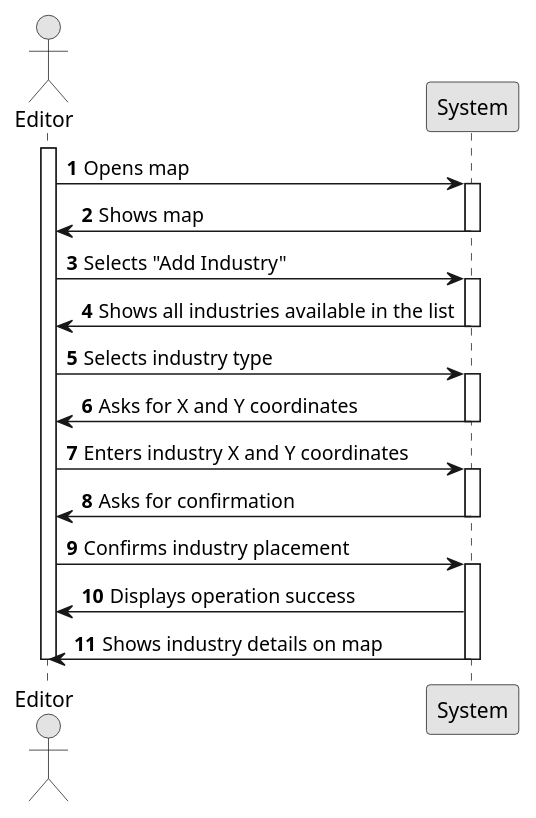
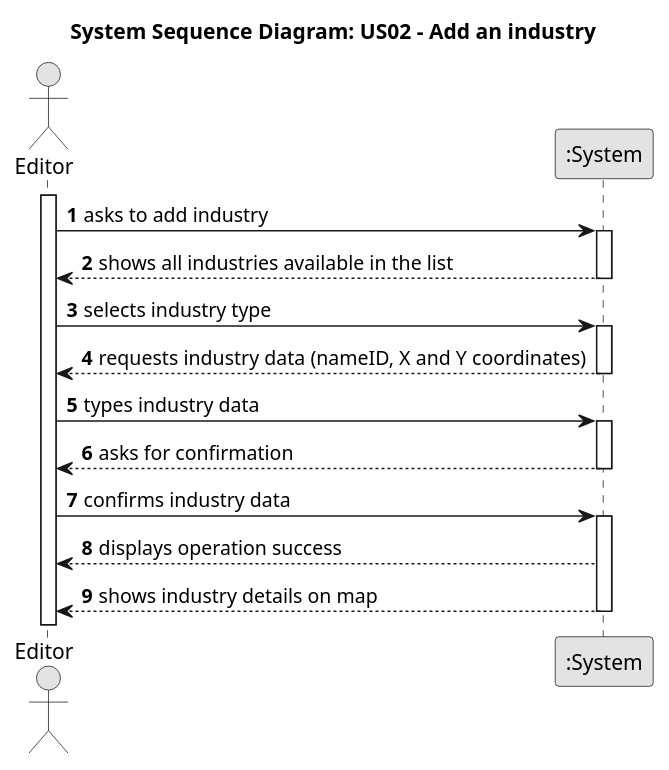
The diagram in docs/system-documentation/Sprint 1/US02/01.requirements-engineering/puml/US002-SSD.puml (HenriqueSilva18/Railway-Network-Simulator), drawn with PlantUML before and after one commit. The commit also changed 5 other files, not shown here.

```diff
--- a/docs/system-documentation/Sprint 1/US02/01.requirements-engineering/puml/US002-SSD.puml
+++ b/docs/system-documentation/Sprint 1/US02/01.requirements-engineering/puml/US002-SSD.puml
@@ -1,40 +1,37 @@
 @startuml
 skinparam monochrome true
 skinparam packageStyle rectangle
 skinparam shadowing false
 
 autonumber
 
+title System Sequence Diagram: US02 - Add an industry
+
 actor "Editor" as editor
-participant "System" as system
+participant ":System" as system
 
 activate editor
-    editor -> system : Opens map
+
+    editor -> system : asks to add industry
         activate system
-        system -> editor: Shows map
+        system --> editor: shows all industries available in the list
         deactivate system
 
-    editor -> system : Selects "Add Industry"
+    editor -> system: selects industry type
         activate system
-        system -> editor: Shows all industries available in the list
+        system --> editor: requests industry data (nameID, X and Y coordinates)
         deactivate system
 
-    editor -> system: Selects industry type
+    editor -> system: types industry data
         activate system
-        system -> editor: Asks for X and Y coordinates
+        system --> editor: asks for confirmation
         deactivate system
 
-    editor -> system: Enters industry X and Y coordinates
+    editor -> system: confirms industry data
         activate system
-        system -> editor: Asks for confirmation
+        system --> editor: displays operation success
+        system --> editor: shows industry details on map
         deactivate system
 
-    editor -> system: Confirms industry placement
-        activate system
-        system -> editor: Displays operation success
-        system -> editor: Shows industry details on map
-        deactivate system
-
-deactivate editor
 
 @enduml
```
